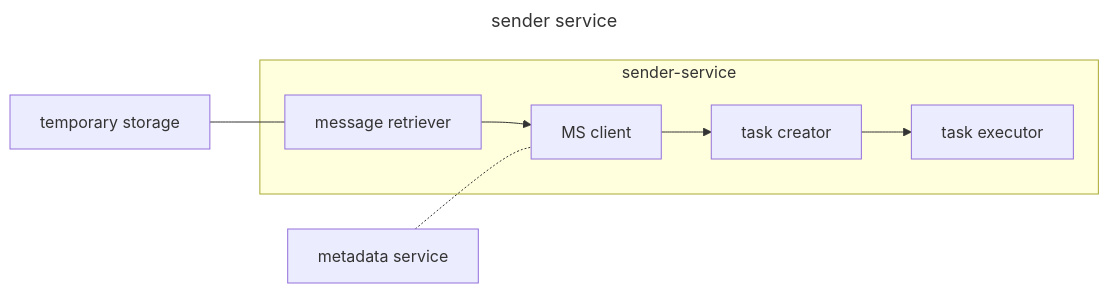
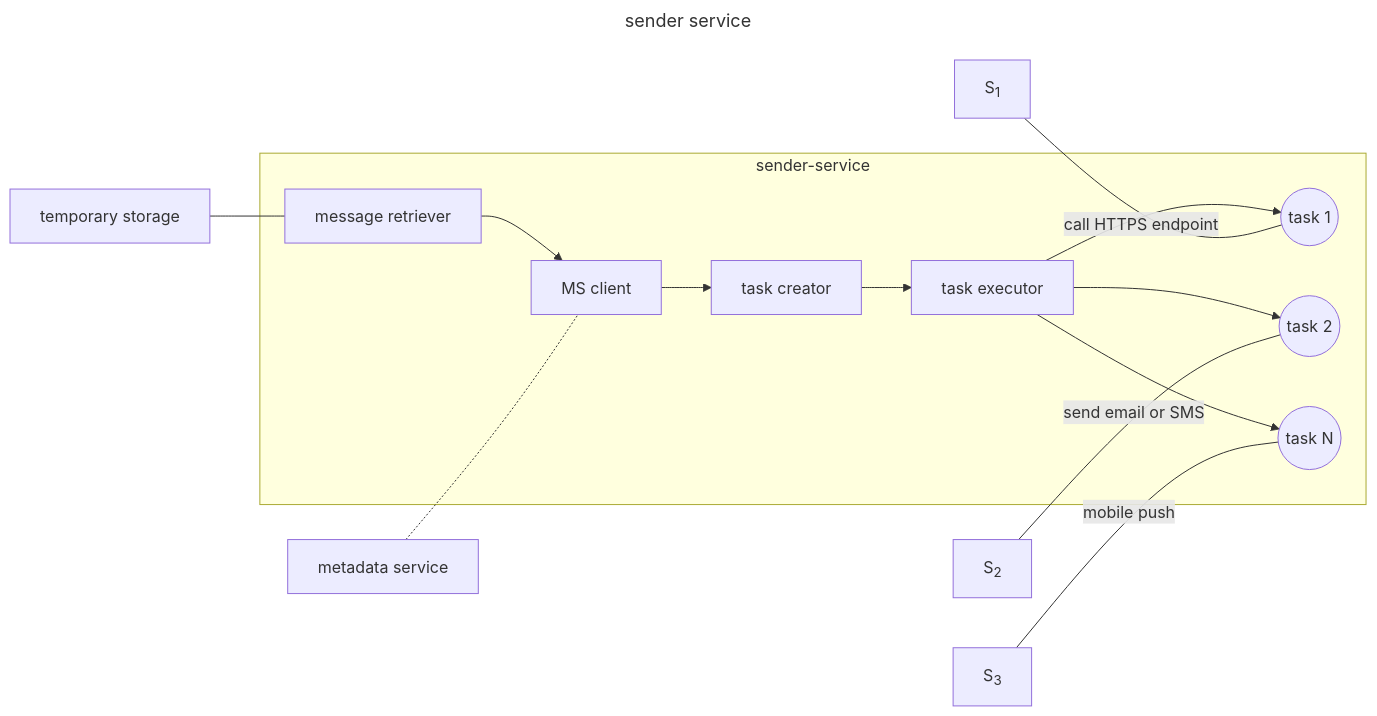
The seventh of 7 diagrams in 0x08-notification_system/0-notification_system.md (brk-a/system-design), drawn with Mermaid before and after one commit. The commit also changed other lines of this file, not shown here.

````diff
--- a/0x08-notification_system/0-notification_system.md
+++ b/0x08-notification_system/0-notification_system.md
@@ -209,13 +214,19 @@
     ```mermaid
     ---
     title: sender service
     ---
         flowchart LR
         subgraph sender-service
         A[message retriever]-->B[MS client]
         B-->C[task creator]
         C-->D[task executor]
+        D-->G((task 1))
+        D-->H((task 2))
+        D-->I((task N))
         end
         E[temporary storage]---A
         F[metadata service]-.-B
+        J["`S<sub>1</sub>`"]--call HTTPS endpoint---G
+        K["`S<sub>2</sub>`"]--send email or SMS---H
+        L["`S<sub>3</sub>`"]--mobile push---I
     ```
````
